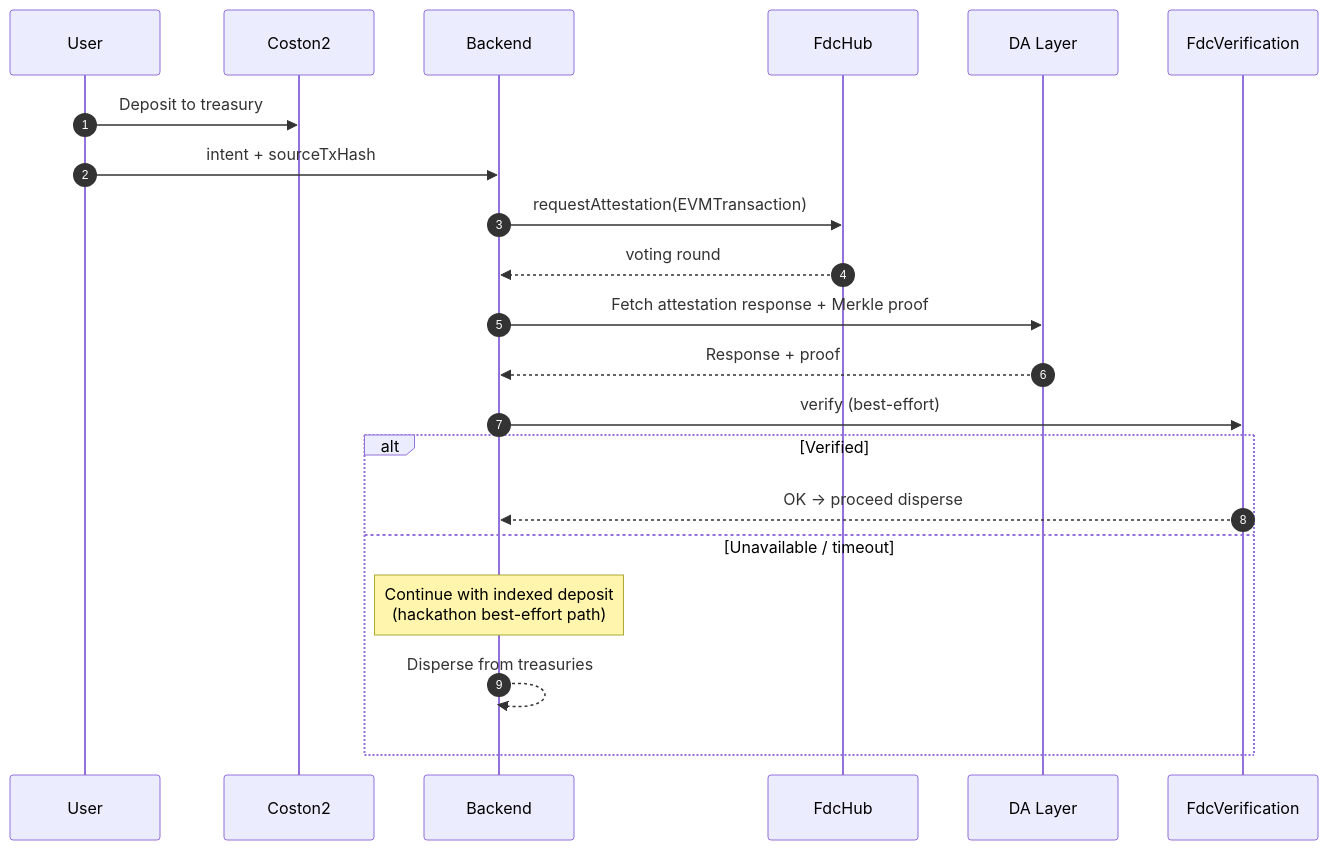
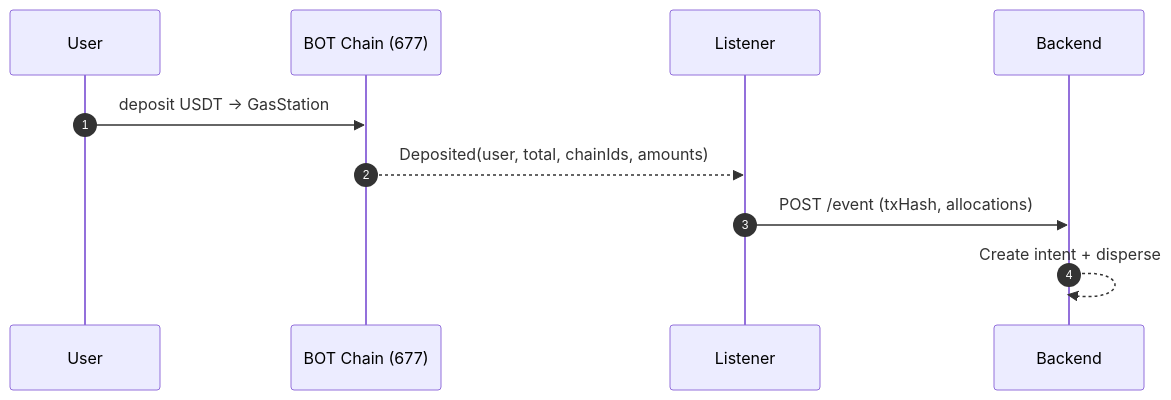
The third of 3 diagrams in README.md (AmaanSayyad/Gasprovider-B), drawn with Mermaid before and after one commit. The commit also changed other lines of this file, not shown here.

First line of the commit message:
docs: rewrite README around BOT Chain as the source chain

````diff
--- a/README.md
+++ b/README.md
@@ -100,24 +99,13 @@
 ```mermaid
 sequenceDiagram
     autonumber
     participant User
-    participant C2 as Coston2
+    participant BOT as BOT Chain (677)
+    participant Idx as Listener
     participant API as Backend
-    participant Hub as FdcHub
-    participant DA as DA Layer
-    participant Ver as FdcVerification
 
-    User->>C2: Deposit to treasury
-    User->>API: intent + sourceTxHash
-    API->>Hub: requestAttestation(EVMTransaction)
-    Hub-->>API: voting round
-    API->>DA: Fetch attestation response + Merkle proof
-    DA-->>API: Response + proof
-    API->>Ver: verify (best-effort)
-    alt Verified
-        Ver-->>API: OK → proceed disperse
-    else Unavailable / timeout
-        Note over API: Continue with indexed deposit<br/>(hackathon best-effort path)
-        API-->>API: Disperse from treasuries
-    end
+    User->>BOT: deposit USDT → GasStation
+    BOT-->>Idx: Deposited(user, total, chainIds, amounts)
+    Idx->>API: POST /event (txHash, allocations)
+    API-->>API: Create intent + disperse
 ```
````
